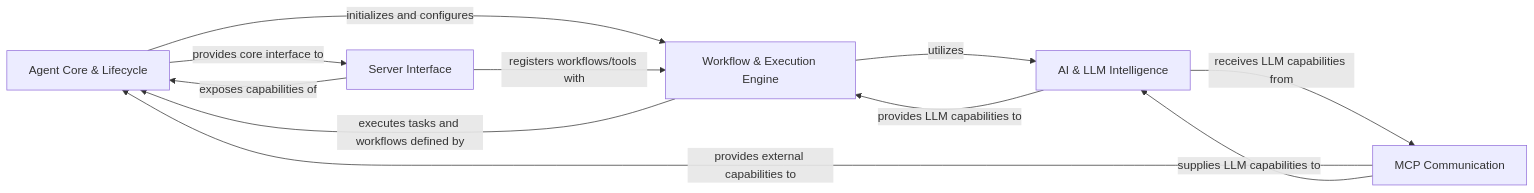
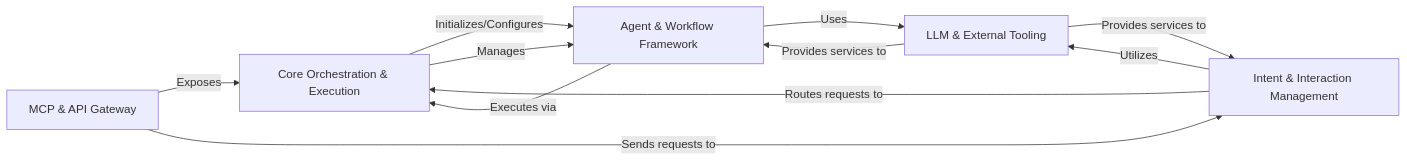
Before and after one commit to CodeBoarding/GeneratedOnBoardings: the diagram in mcp-agent/on_boarding.md, drawn with Mermaid. The commit also changed other lines of this file and 22 other files, not shown here.

Commit message:
Uploading onboarding materials for mcp-agent

````diff
--- a/mcp-agent/on_boarding.md
+++ b/mcp-agent/on_boarding.md
@@ -1,21 +1,23 @@
 ```mermaid
 graph LR
-    Agent_Core_Lifecycle["Agent Core & Lifecycle"]
-    Workflow_Execution_Engine["Workflow & Execution Engine"]
-    AI_LLM_Intelligence["AI & LLM Intelligence"]
-    MCP_Communication["MCP Communication"]
-    Server_Interface["Server Interface"]
-    Agent_Core_Lifecycle -- "initializes and configures" --> Workflow_Execution_Engine
-    Agent_Core_Lifecycle -- "provides core interface to" --> Server_Interface
-    Workflow_Execution_Engine -- "executes tasks and workflows defined by" --> Agent_Core_Lifecycle
-    Workflow_Execution_Engine -- "utilizes" --> AI_LLM_Intelligence
-    AI_LLM_Intelligence -- "provides LLM capabilities to" --> Workflow_Execution_Engine
-    AI_LLM_Intelligence -- "receives LLM capabilities from" --> MCP_Communication
-    MCP_Communication -- "provides external capabilities to" --> Agent_Core_Lifecycle
-    MCP_Communication -- "supplies LLM capabilities to" --> AI_LLM_Intelligence
-    Server_Interface -- "exposes capabilities of" --> Agent_Core_Lifecycle
-    Server_Interface -- "registers workflows/tools with" --> Workflow_Execution_Engine
-    click Workflow_Execution_Engine href "https://github.com/CodeBoarding/GeneratedOnBoardings/blob/main//mcp-agent/Workflow_Execution_Engine.md" "Details"
-    click AI_LLM_Intelligence href "https://github.com/CodeBoarding/GeneratedOnBoardings/blob/main//mcp-agent/AI_LLM_Intelligence.md" "Details"
-    click MCP_Communication href "https://github.com/CodeBoarding/GeneratedOnBoardings/blob/main//mcp-agent/MCP_Communication.md" "Details"
+    Core_Orchestration_Execution["Core Orchestration & Execution"]
+    Agent_Workflow_Framework["Agent & Workflow Framework"]
+    LLM_External_Tooling["LLM & External Tooling"]
+    MCP_API_Gateway["MCP & API Gateway"]
+    Intent_Interaction_Management["Intent & Interaction Management"]
+    Core_Orchestration_Execution -- "Initializes/Configures" --> Agent_Workflow_Framework
+    Core_Orchestration_Execution -- "Manages" --> Agent_Workflow_Framework
+    Agent_Workflow_Framework -- "Uses" --> LLM_External_Tooling
+    Agent_Workflow_Framework -- "Executes via" --> Core_Orchestration_Execution
+    LLM_External_Tooling -- "Provides services to" --> Agent_Workflow_Framework
+    LLM_External_Tooling -- "Provides services to" --> Intent_Interaction_Management
+    MCP_API_Gateway -- "Exposes" --> Core_Orchestration_Execution
+    MCP_API_Gateway -- "Sends requests to" --> Intent_Interaction_Management
+    Intent_Interaction_Management -- "Routes requests to" --> Core_Orchestration_Execution
+    Intent_Interaction_Management -- "Utilizes" --> LLM_External_Tooling
+    click Core_Orchestration_Execution href "https://github.com/CodeBoarding/GeneratedOnBoardings/blob/main/mcp-agent/Core_Orchestration_Execution.md" "Details"
+    click Agent_Workflow_Framework href "https://github.com/CodeBoarding/GeneratedOnBoardings/blob/main/mcp-agent/Agent_Workflow_Framework.md" "Details"
+    click LLM_External_Tooling href "https://github.com/CodeBoarding/GeneratedOnBoardings/blob/main/mcp-agent/LLM_External_Tooling.md" "Details"
+    click MCP_API_Gateway href "https://github.com/CodeBoarding/GeneratedOnBoardings/blob/main/mcp-agent/MCP_API_Gateway.md" "Details"
+    click Intent_Interaction_Management href "https://github.com/CodeBoarding/GeneratedOnBoardings/blob/main/mcp-agent/Intent_Interaction_Management.md" "Details"
 ```
````
